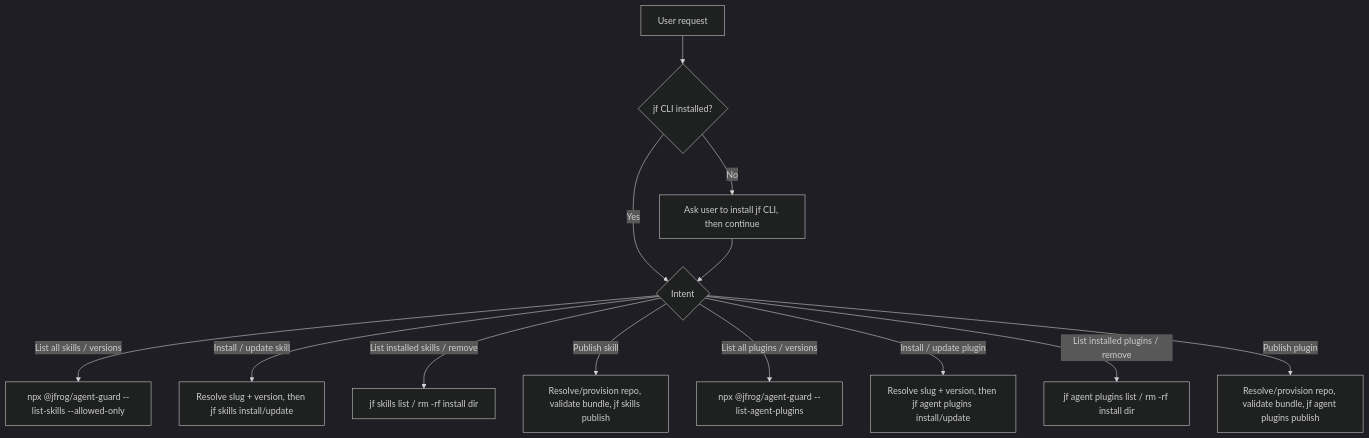
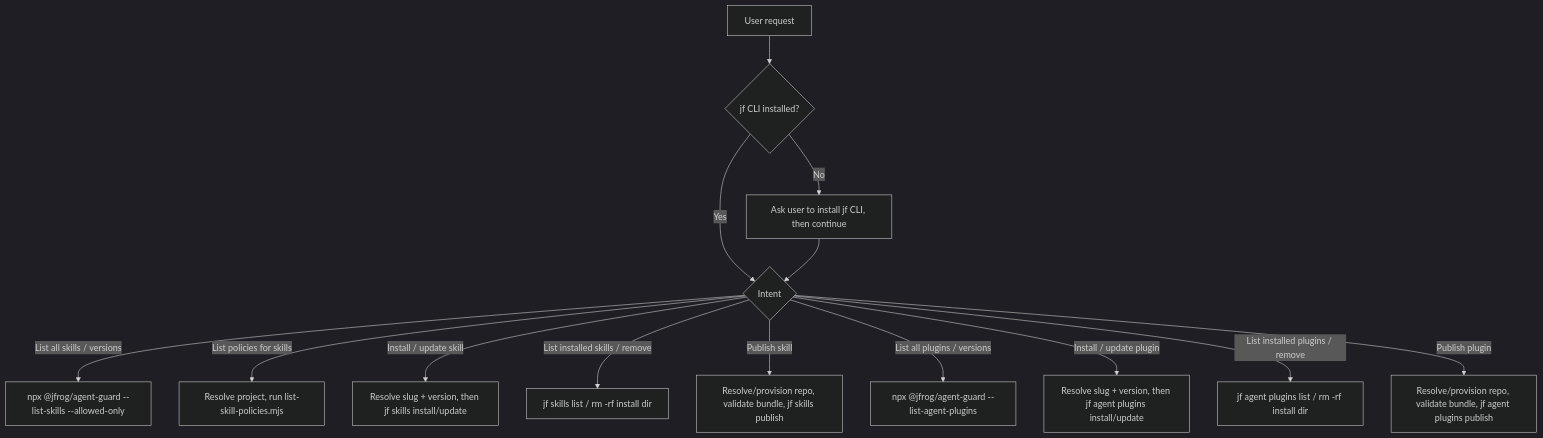
One commit to jfrog/jfrog-skills changed the diagram in skills/jfrog-ai-catalog/SKILL.md. Above: the diagram before and after it, drawn with Mermaid (dark theme). The commit also changed other lines of this file and 38 other files, not shown here.

````diff
--- a/skills/jfrog-ai-catalog/SKILL.md
+++ b/skills/jfrog-ai-catalog/SKILL.md
@@ -94,15 +101,16 @@
 ```mermaid
 flowchart TD
     A[User request] --> B{jf CLI installed?}
     B -->|No| C[Ask user to install jf CLI, then continue]
     B -->|Yes| D{Intent}
     C --> D
     D -->|List all skills / versions| E[npx @jfrog/agent-guard --list-skills --allowed-only]
+    D -->|List policies for skills| M[Resolve project, run list-skill-policies.mjs]
     D -->|Install / update skill| F[Resolve slug + version, then jf skills install/update]
     D -->|List installed skills / remove| G[jf skills list / rm -rf install dir]
     D -->|Publish skill| H[Resolve/provision repo, validate bundle, jf skills publish]
     D -->|List all plugins / versions| I[npx @jfrog/agent-guard --list-agent-plugins]
     D -->|Install / update plugin| J[Resolve slug + version, then jf agent plugins install/update]
     D -->|List installed plugins / remove| K[jf agent plugins list / rm -rf install dir]
     D -->|Publish plugin| L[Resolve/provision repo, validate bundle, jf agent plugins publish]
 ```
````
